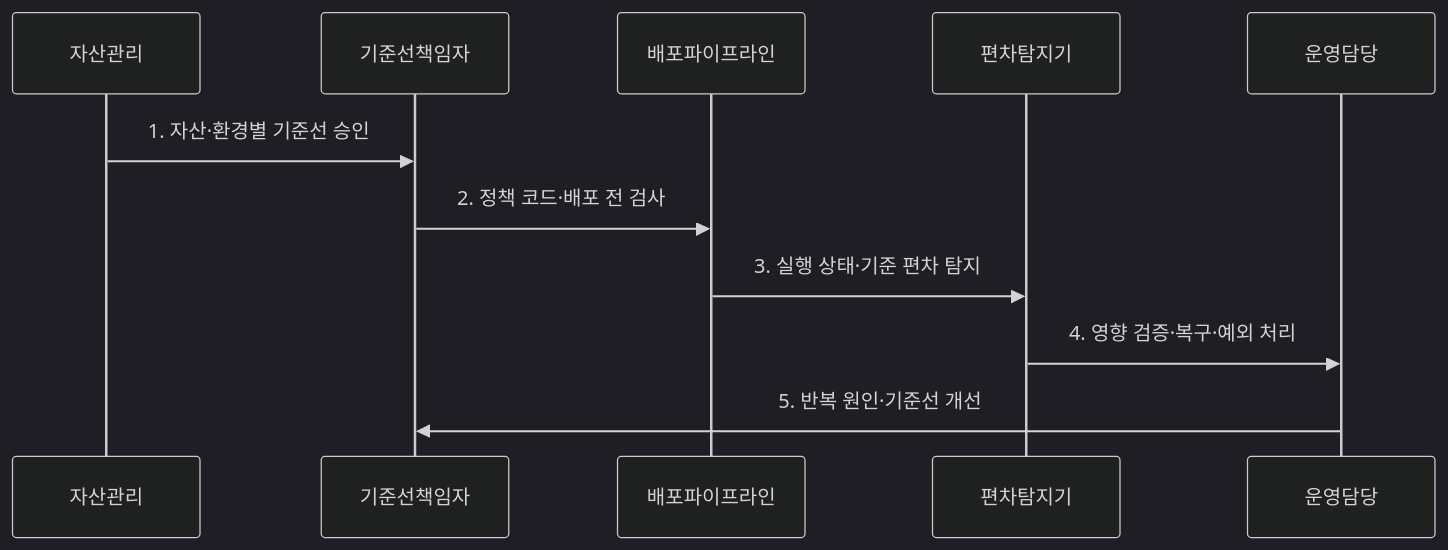
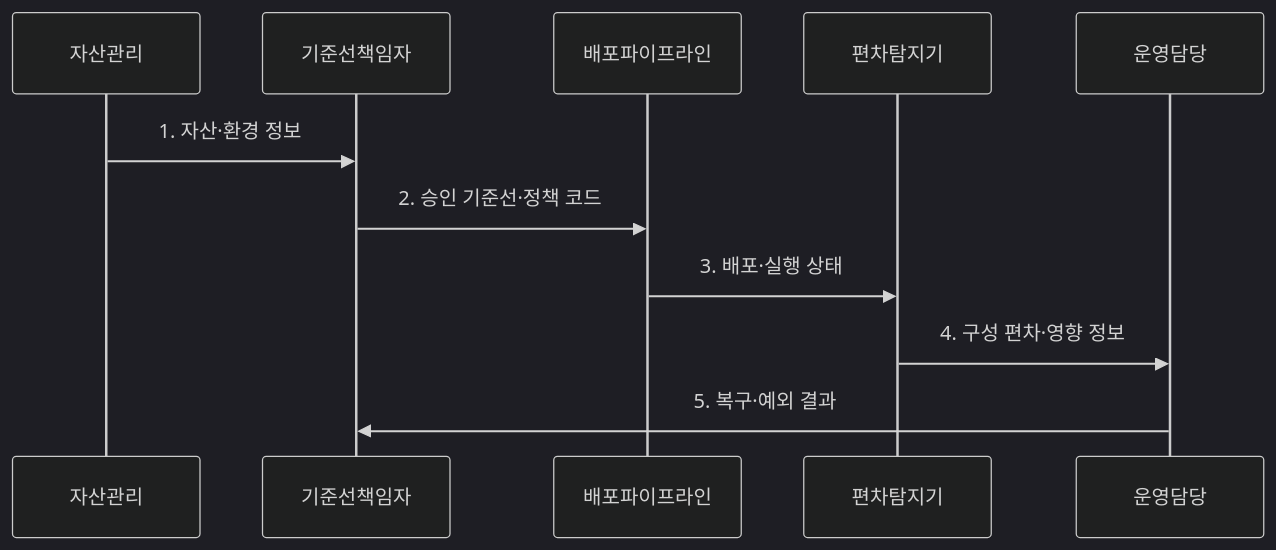
One commit to agnusdei1207/knowledge-base changed the second of 2 diagrams in src/content/docs/notes/05-security/044_security_configuration_management.md. Above: the diagram before and after it, drawn with Mermaid (dark theme). The commit also changed other lines of this file and 20 other files, not shown here.

````diff
--- a/src/content/docs/notes/05-security/044_security_configuration_management.md
+++ b/src/content/docs/notes/05-security/044_security_configuration_management.md
@@ -85,13 +84,13 @@
 ```mermaid
 sequenceDiagram
     participant 자산관리
     participant 기준선책임자
     participant 배포파이프라인
     participant 편차탐지기
     participant 운영담당
-    자산관리->>기준선책임자: 1. 자산·환경별 기준선 승인
-    기준선책임자->>배포파이프라인: 2. 정책 코드·배포 전 검사
-    배포파이프라인->>편차탐지기: 3. 실행 상태·기준 편차 탐지
-    편차탐지기->>운영담당: 4. 영향 검증·복구·예외 처리
-    운영담당->>기준선책임자: 5. 반복 원인·기준선 개선
+    자산관리->>기준선책임자: 1. 자산·환경 정보
+    기준선책임자->>배포파이프라인: 2. 승인 기준선·정책 코드
+    배포파이프라인->>편차탐지기: 3. 배포·실행 상태
+    편차탐지기->>운영담당: 4. 구성 편차·영향 정보
+    운영담당->>기준선책임자: 5. 복구·예외 결과
 ```
````
